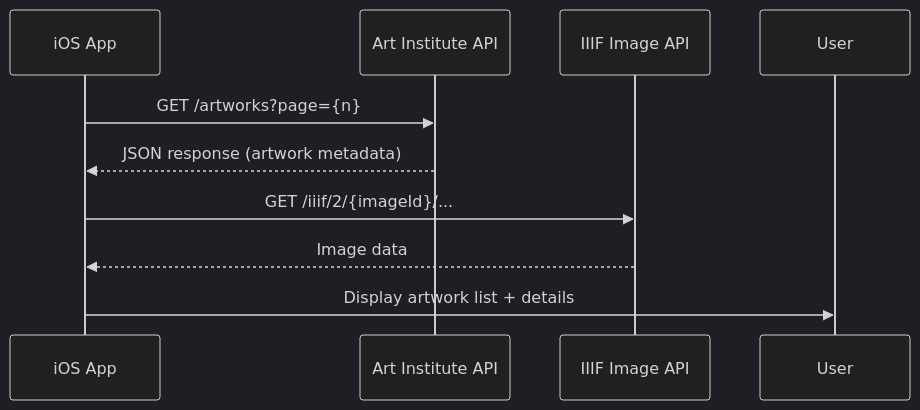
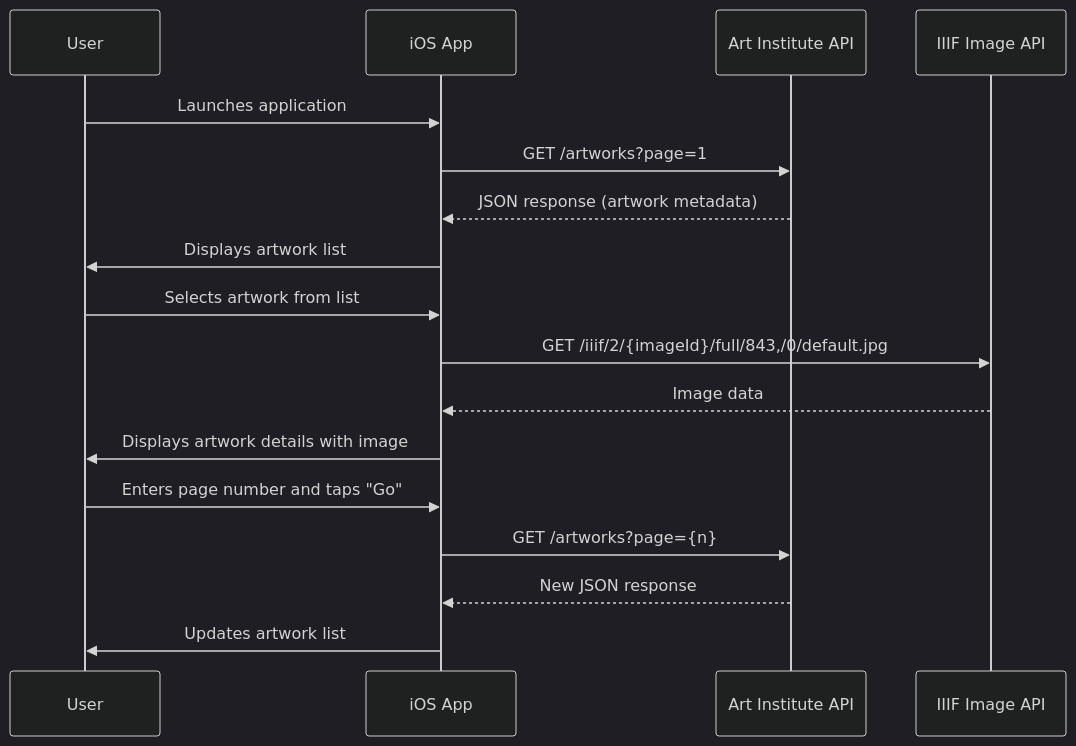
One commit to AleksandrVinnik/Art-Institute-of-Chicago changed the first of 3 diagrams in README.md. Above: the diagram before and after it, drawn with Mermaid (dark theme).

Commit message:
Readme file has been updated

````diff
--- a/README.md
+++ b/README.md
@@ -30,12 +30,22 @@
 ```mermaid
 sequenceDiagram
+    participant User
     participant App as iOS App
     participant API as Art Institute API
     participant IIIF as IIIF Image API
     
+    User->>App: Launches application
+    App->>API: GET /artworks?page=1
+    API-->>App: JSON response (artwork metadata)
+    App->>User: Displays artwork list
+    
+    User->>App: Selects artwork from list
+    App->>IIIF: GET /iiif/2/{imageId}/full/843,/0/default.jpg
+    IIIF-->>App: Image data
+    App->>User: Displays artwork details with image
+    
+    User->>App: Enters page number and taps "Go"
     App->>API: GET /artworks?page={n}
-    API-->>App: JSON response (artwork metadata)
-    App->>IIIF: GET /iiif/2/{imageId}/...
-    IIIF-->>App: Image data
-    App->>User: Display artwork list + details
+    API-->>App: New JSON response
+    App->>User: Updates artwork list
 ```
````
